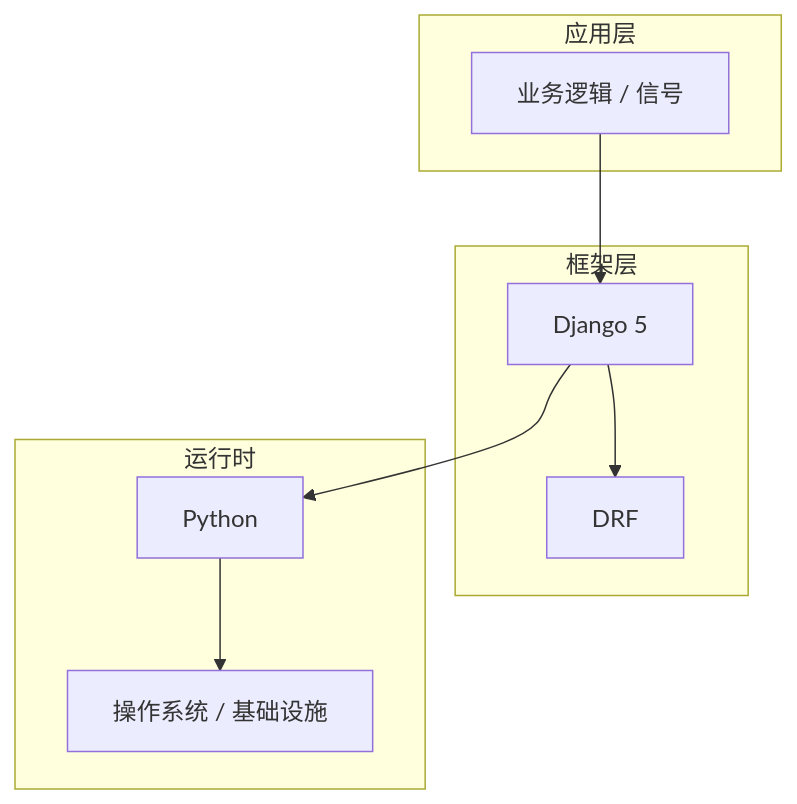
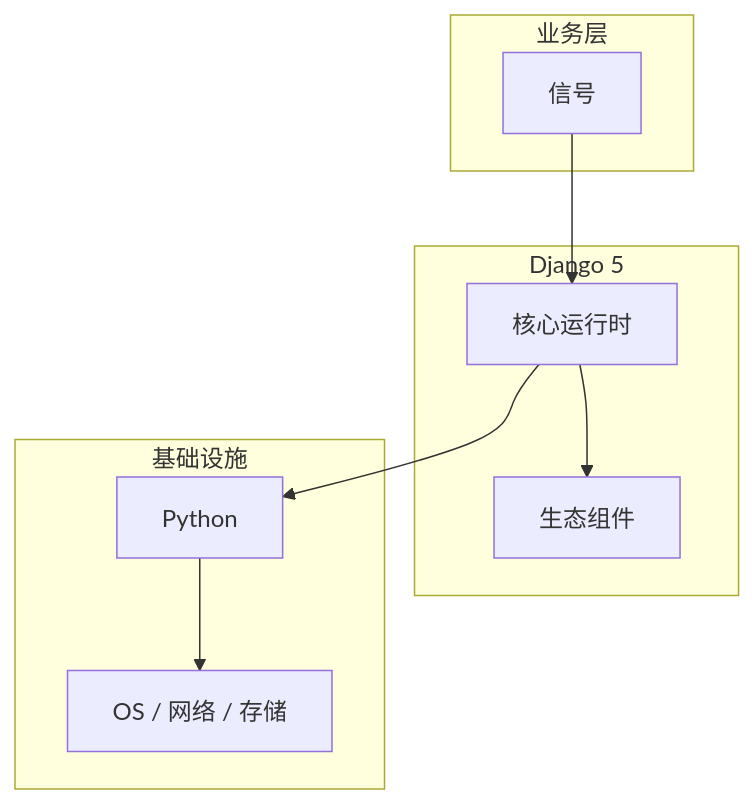
Before and after one commit to yanggan2015/knowledge-json-v2: the diagram in articles/Django/chapters/061-信号核心概念与原理.md, drawn with Mermaid. The commit also changed other lines of this file and 10127 other files, not shown here.

````diff
--- a/articles/Django/chapters/061-信号核心概念与原理.md
+++ b/articles/Django/chapters/061-信号核心概念与原理.md
@@ -45,18 +34,18 @@
 ```mermaid
 graph TB
-    subgraph 应用层
-        A[业务逻辑 / 信号]
+    subgraph 业务层
+        A[信号]
     end
-    subgraph 框架层
-        B[Django 5]
-        C[DRF]
+    subgraph Django 5
+        B[核心运行时]
+        C[生态组件]
     end
-    subgraph 运行时
+    subgraph 基础设施
         D[Python]
-        E[操作系统 / 基础设施]
+        E[OS / 网络 / 存储]
     end
     A --> B
     B --> C
     B --> D
     D --> E
 ```
````
